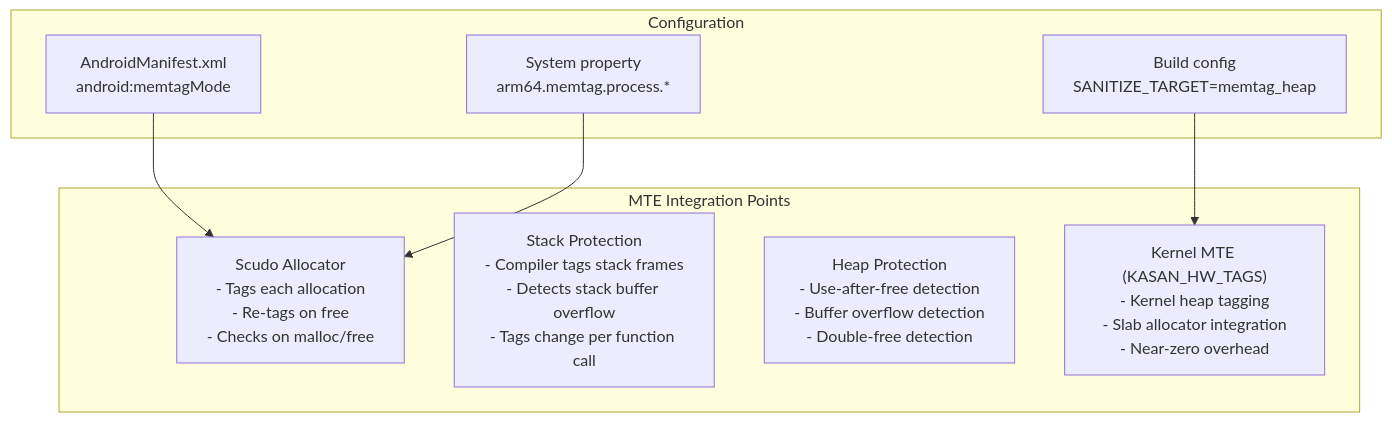
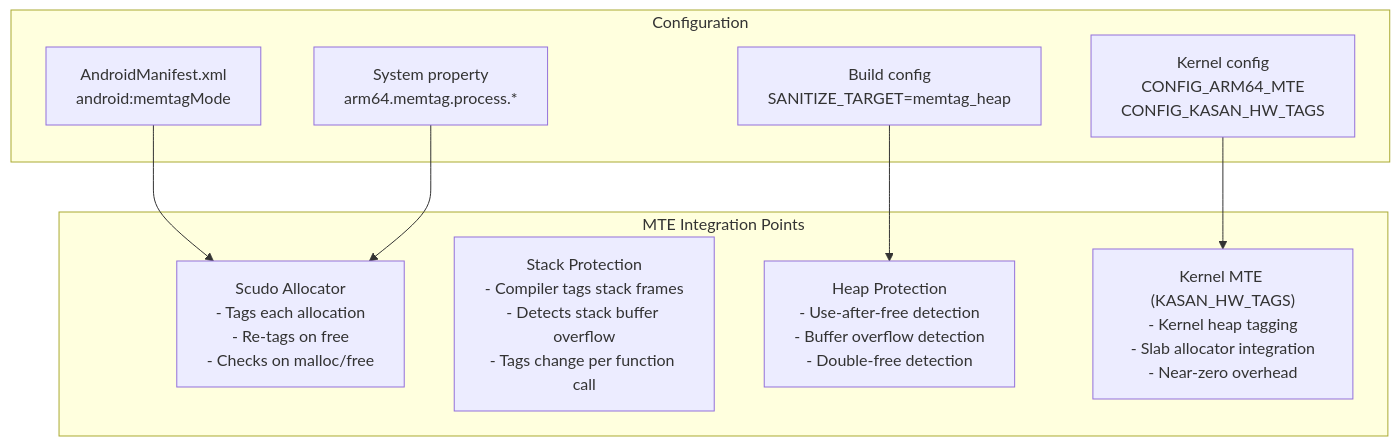
Before and after one commit to aospbooks/aosp-internal-book: diagram 32 of 36 in agents/claude/skills/aosp-native-foundation/08-memory-management.md, drawn with Mermaid. The commit also changed other lines of this file and 218 other files, not shown here.

````diff
--- a/agents/claude/skills/aosp-native-foundation/08-memory-management.md
+++ b/agents/claude/skills/aosp-native-foundation/08-memory-management.md
@@ -3311,19 +3432,21 @@
 ```mermaid
 graph TD
     subgraph "MTE Integration Points"
         Scudo_MTE["Scudo Allocator<br/>- Tags each allocation<br/>- Re-tags on free<br/>- Checks on malloc/free"]
         Stack_MTE["Stack Protection<br/>- Compiler tags stack frames<br/>- Detects stack buffer overflow<br/>- Tags change per function call"]
         Heap_MTE["Heap Protection<br/>- Use-after-free detection<br/>- Buffer overflow detection<br/>- Double-free detection"]
         Kernel_MTE["Kernel MTE (KASAN_HW_TAGS)<br/>- Kernel heap tagging<br/>- Slab allocator integration<br/>- Near-zero overhead"]
     end
 
     subgraph "Configuration"
         Manifest["AndroidManifest.xml<br/>android:memtagMode"]
         SysProp["System property<br/>arm64.memtag.process.*"]
         BuildConfig["Build config<br/>SANITIZE_TARGET=memtag_heap"]
+        KernelConfig["Kernel config<br/>CONFIG_ARM64_MTE<br/>CONFIG_KASAN_HW_TAGS"]
     end
 
     Manifest --> Scudo_MTE
     SysProp --> Scudo_MTE
-    BuildConfig --> Kernel_MTE
+    BuildConfig --> Heap_MTE
+    KernelConfig --> Kernel_MTE
 ```
````
